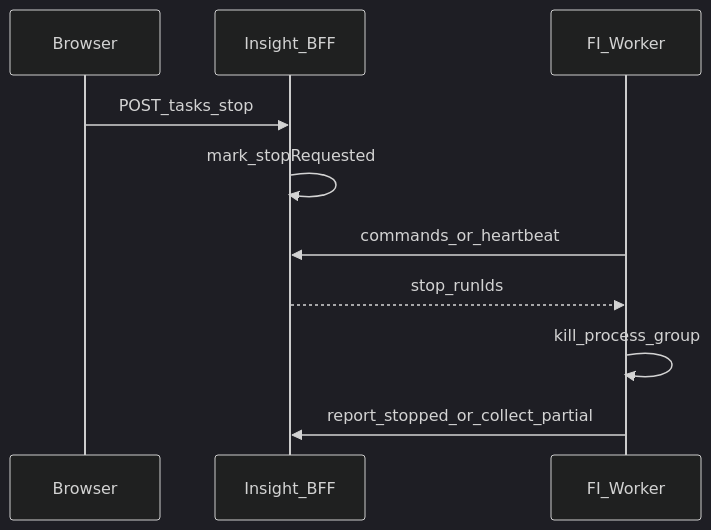
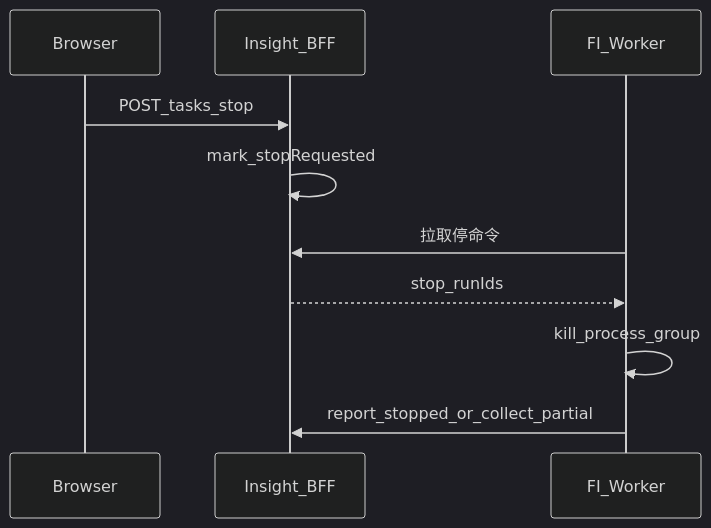
The third of 4 diagrams in docs/design/fi-server-client-split/phase2-requirements-design.md (openeuler-mirror/agent-insight), drawn with Mermaid (dark theme) before and after one commit. The commit also changed other lines of this file and 56 other files, not shown here.

````diff
--- a/docs/design/fi-server-client-split/phase2-requirements-design.md
+++ b/docs/design/fi-server-client-split/phase2-requirements-design.md
@@ -229,13 +226,13 @@
 ```mermaid
 sequenceDiagram
     participant U as Browser
     participant S as Insight_BFF
     participant W as FI_Worker
 
     U->>S: POST_tasks_stop
     S->>S: mark_stopRequested
-    W->>S: commands_or_heartbeat
+    W->>S: 拉取停命令
     S-->>W: stop_runIds
     W->>W: kill_process_group
     W->>S: report_stopped_or_collect_partial
 ```
````
